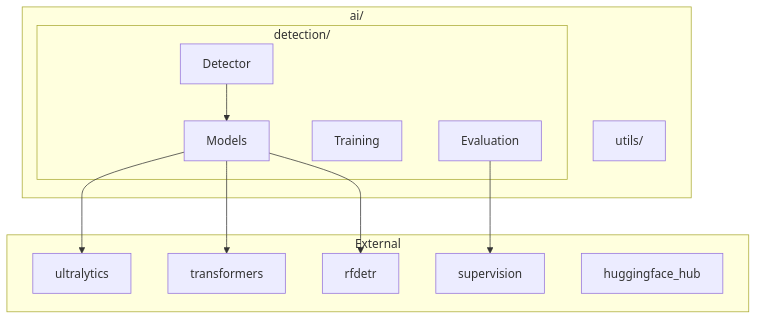
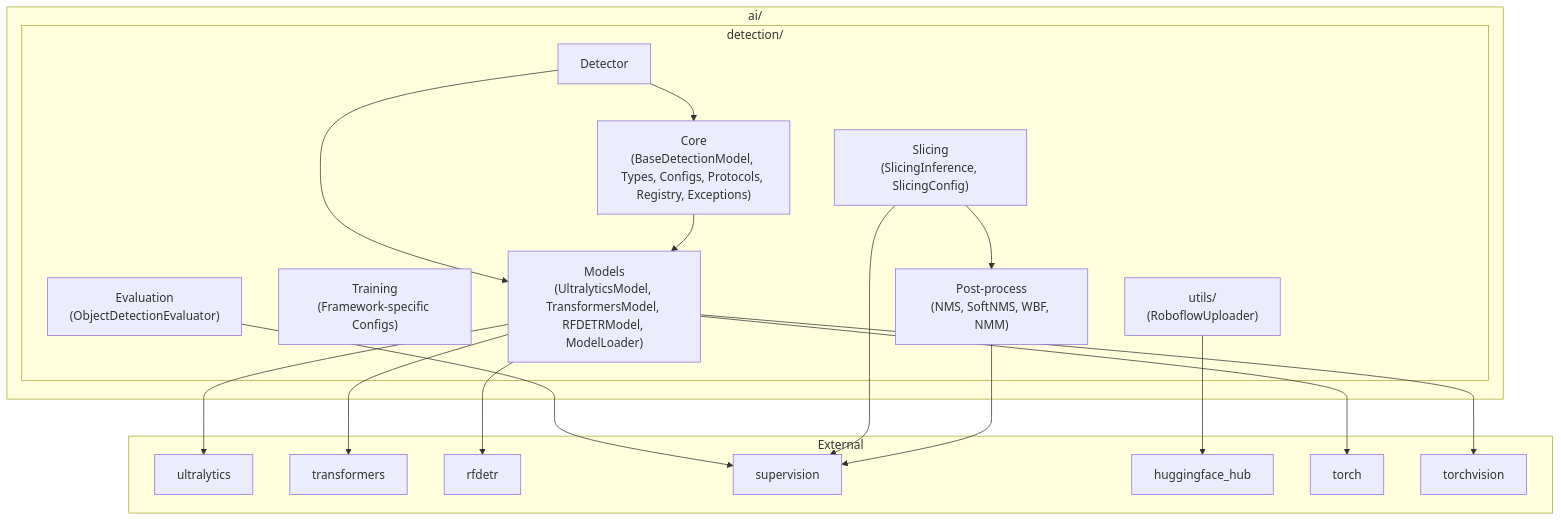
The diagram in nectar/nectar/ai/README.md (Black-Bee-Drones/nectar-sdk), drawn with Mermaid before and after one commit. The commit also changed 4 other files, not shown here.

Commit message:
docs: adjsutments in diagrams and docs

````diff
--- a/nectar/nectar/ai/README.md
+++ b/nectar/nectar/ai/README.md
@@ -15,26 +15,40 @@
 ```mermaid
 flowchart TB
     subgraph AI["ai/"]
         subgraph Detection["detection/"]
             Detector["Detector"]
-            Models["Models"]
-            Training["Training"]
-            Evaluation["Evaluation"]
+            Core["Core<br/>(BaseDetectionModel, Types, Configs, Protocols, Registry, Exceptions)"]
+            Models["Models<br/>(UltralyticsModel, TransformersModel, RFDETRModel, ModelLoader)"]
+            Training["Training<br/>(Framework-specific Configs)"]
+            Evaluation["Evaluation<br/>(ObjectDetectionEvaluator)"]
+            Slicing["Slicing<br/>(SlicingInference, SlicingConfig)"]
+            PostProcess["Post-process<br/>(NMS, SoftNMS, WBF, NMM)"]
+            Utils["Utils<br/>(DeviceManager, HuggingFaceUploader, DatasetConverter, DatasetMerger)"]
         end
-        Utils["utils/"]
+        Utils["utils/<br/>(RoboflowUploader)"]
     end
 
     subgraph External["External"]
         ultralytics
         transformers
         rfdetr
         supervision
         huggingface_hub
+        torch
+        torchvision
     end
 
+    Detector --> Core
     Detector --> Models
+    Core --> Models
     Models --> ultralytics
     Models --> transformers
     Models --> rfdetr
+    Models --> torch
+    Models --> torchvision
     Evaluation --> supervision
+    Slicing --> PostProcess
+    Slicing --> supervision
+    PostProcess --> supervision
+    Utils --> huggingface_hub
 ```
````
